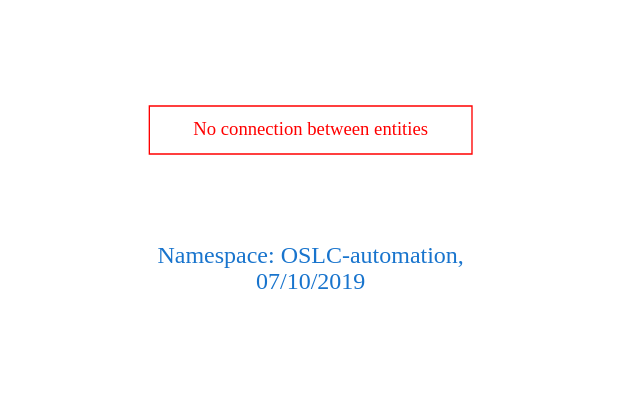
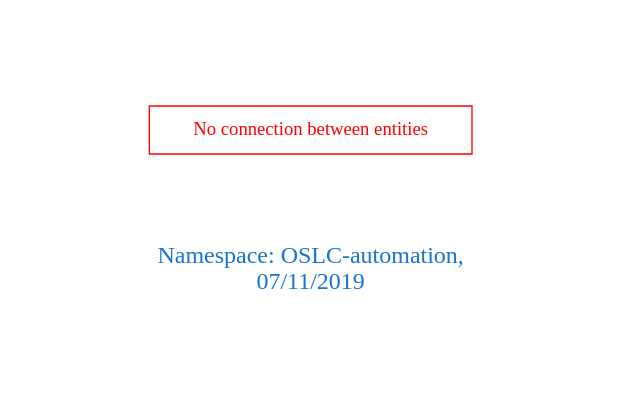
Before and after one commit to arago/OGIT: the diagram in downloads/OSLC-automation.dot, drawn with Graphviz. The commit also changed 1478 other files, not shown here.

```diff
--- a/downloads/OSLC-automation.dot
+++ b/downloads/OSLC-automation.dot
@@ -1,9 +1,9 @@
 digraph OGIT_ontology {
  graph [ rankdir= LR,pad=1 
 fontsize = 18,
-fontcolor= dodgerblue3,label = "\n\n\nNamespace: OSLC-automation, \n 07/10/2019"];
+fontcolor= dodgerblue3,label = "\n\n\nNamespace: OSLC-automation, \n 07/11/2019"];
 node[shape=polygon];
 edge [  color="gray81"];
 
 "No connection between entities" [fontcolor = "red",color="red", shape="polygon"]
 }
```
